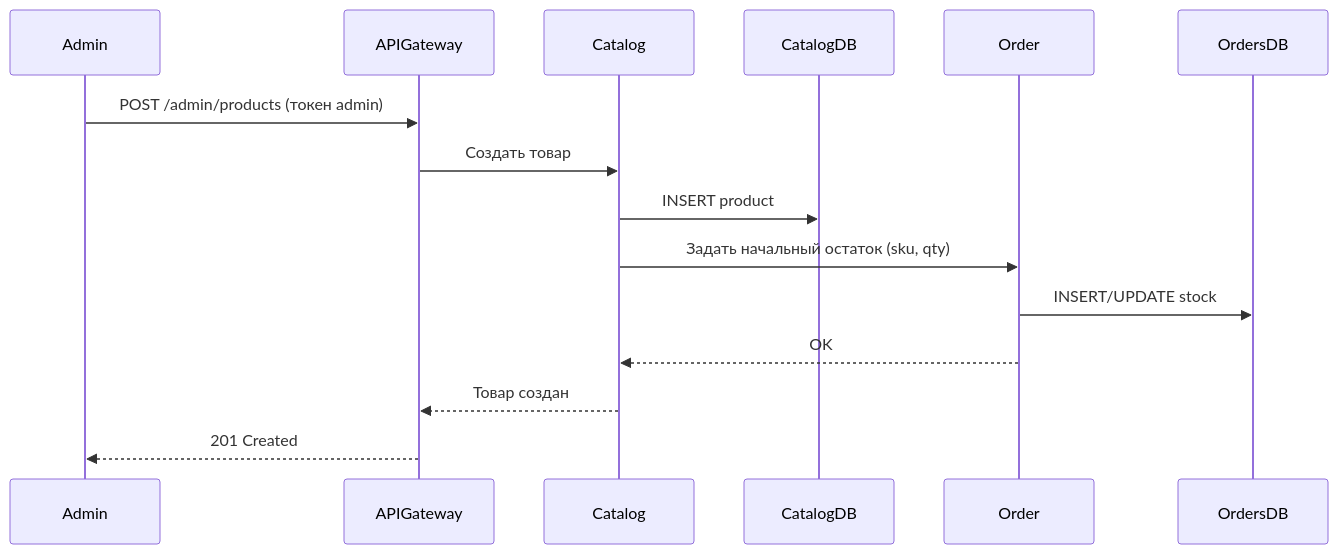
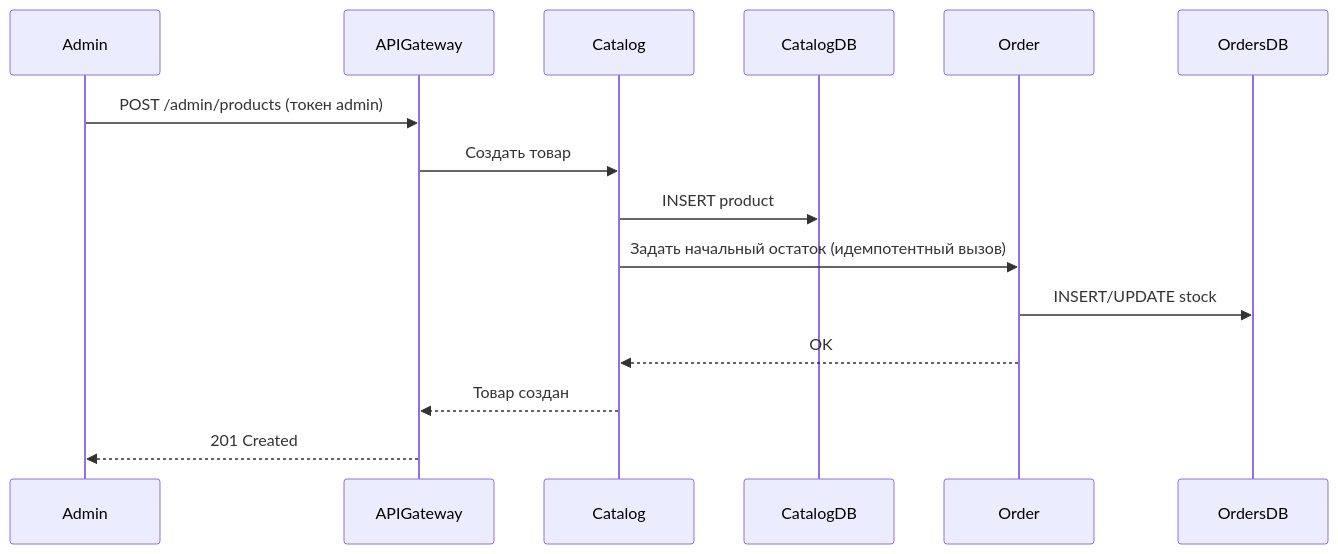
The eighth of 10 diagrams in docs/tr.md (spbu-ds-practicum-2026/good_question), drawn with Mermaid before and after one commit. The commit also changed other lines of this file, not shown here.

````diff
--- a/docs/tr.md
+++ b/docs/tr.md
@@ -441,18 +482,18 @@
 ```mermaid
 sequenceDiagram
   participant Admin
   participant APIGateway
   participant Catalog
   participant CatalogDB
   participant Order
   participant OrdersDB
 
   Admin->>APIGateway: POST /admin/products (токен admin)
   APIGateway->>Catalog: Создать товар
-  Catalog->>CatalogDB: INSERT product
-  Catalog->>Order: Задать начальный остаток (sku, qty)
+  Catalog->>CatalogDB: INSERT product 
+  Catalog->>Order: Задать начальный остаток (идемпотентный вызов)
   Order->>OrdersDB: INSERT/UPDATE stock
   Order-->>Catalog: OK
   Catalog-->>APIGateway: Товар создан
   APIGateway-->>Admin: 201 Created
 ```
````
